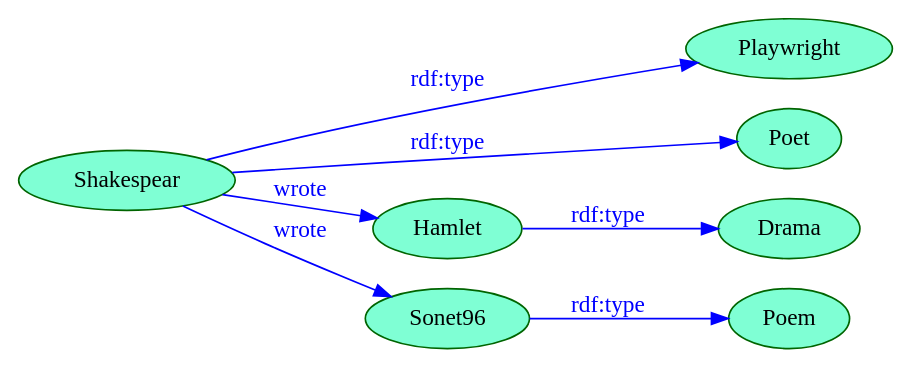
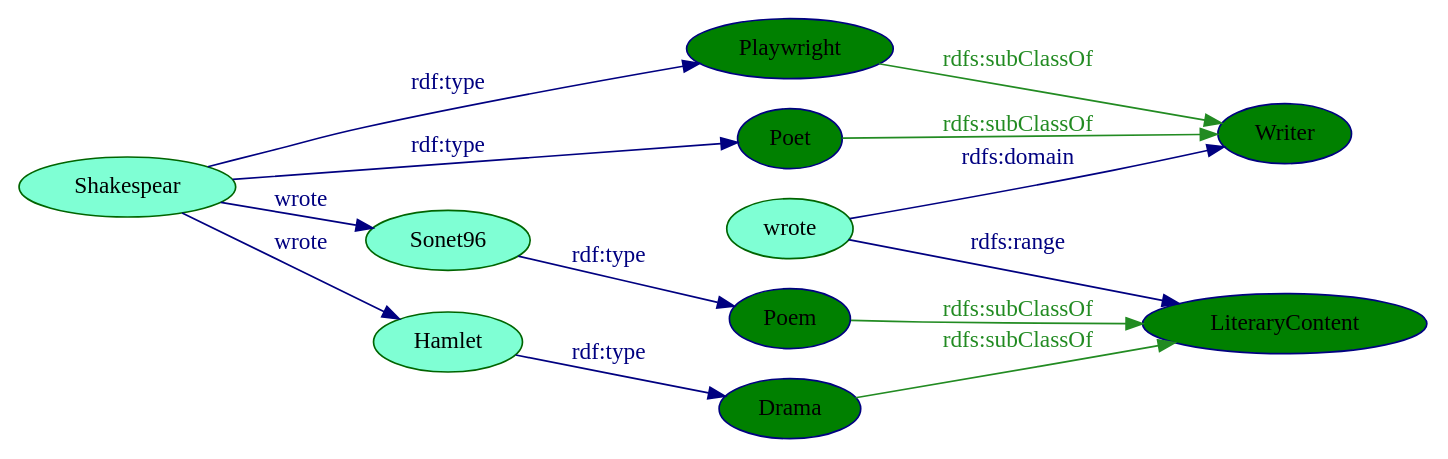
One commit to grochmal/birkbeck changed the diagram in int_tech/sw/coursework/ex1_playwrights.dot. Above: the diagram before and after it, drawn with Graphviz. The commit also changed 4 other files, not shown here.

```diff
--- a/int_tech/sw/coursework/ex1_playwrights.dot
+++ b/int_tech/sw/coursework/ex1_playwrights.dot
@@ -1,17 +1,31 @@
 digraph {
     rankdir=LR;
     {rank=same; Playwright Poet Drama Poem}
-    Shakespear [style="filled" color="darkgreen" fillcolor="aquamarine"];
-    Playwright [style="filled" color="darkgreen" fillcolor="aquamarine"];
-    Poet       [style="filled" color="darkgreen" fillcolor="aquamarine"];
-    Hamlet     [style="filled" color="darkgreen" fillcolor="aquamarine"];
-    Sonet96    [style="filled" color="darkgreen" fillcolor="aquamarine"];
-    Drama      [style="filled" color="darkgreen" fillcolor="aquamarine"];
-    Poem       [style="filled" color="darkgreen" fillcolor="aquamarine"];
-    Shakespear -> Playwright [label="rdf:type" color="blue" fontcolor="blue"];
-    Shakespear -> Poet       [label="rdf:type" color="blue" fontcolor="blue"];
-    Shakespear -> Hamlet     [label="wrote" color="blue" fontcolor="blue"];
-    Shakespear -> Sonet96    [label="wrote" color="blue" fontcolor="blue"];
-    Hamlet  -> Drama [label="rdf:type" color="blue" fontcolor="blue"];
-    Sonet96 -> Poem  [label="rdf:type" color="blue" fontcolor="blue"];
+    Shakespear [style="filled",color="darkgreen",fillcolor="aquamarine"];
+    Hamlet  [style="filled",color="darkgreen",fillcolor="aquamarine"];
+    Sonet96 [style="filled",color="darkgreen",fillcolor="aquamarine"];
+    Playwright      [style="filled",color="navyblue",fillcolor="green"];
+    Poet            [style="filled",color="navyblue",fillcolor="green"];
+    Drama           [style="filled",color="navyblue",fillcolor="green"];
+    Poem            [style="filled",color="navyblue",fillcolor="green"];
+    Writer          [style="filled",color="navyblue",fillcolor="green"];
+    LiteraryContent [style="filled",color="navyblue",fillcolor="green"];
+    wrote [style="filled",color="darkgreen",fillcolor="aquamarine"];
+    Shakespear -> Playwright [label="rdf:type",color="navy",fontcolor="navy"];
+    Shakespear -> Poet       [label="rdf:type",color="navy",fontcolor="navy"];
+    Playwright -> Writer [label="rdfs:subClassOf"
+                         ,color="forestgreen",fontcolor="forestgreen"];
+    Poet       -> Writer [label="rdfs:subClassOf"
+                         ,color="forestgreen",fontcolor="forestgreen"];
+    Shakespear -> Hamlet     [label="wrote",color="navy",fontcolor="navy"];
+    Shakespear -> Sonet96    [label="wrote",color="navy",fontcolor="navy"];
+    Hamlet  -> Drama [label="rdf:type",color="navy",fontcolor="navy"];
+    Sonet96 -> Poem  [label="rdf:type",color="navy",fontcolor="navy"];
+    Drama -> LiteraryContent [label="rdfs:subClassOf"
+                             ,color="forestgreen",fontcolor="forestgreen"];
+    Poem  -> LiteraryContent [label="rdfs:subClassOf"
+                             ,color="forestgreen",fontcolor="forestgreen"];
+    wrote -> Writer [label="rdfs:domain",color="navy",fontcolor="navy"];
+    wrote -> LiteraryContent [label="rdfs:range"
+                             ,color="navy",fontcolor="navy"];
 }
```
